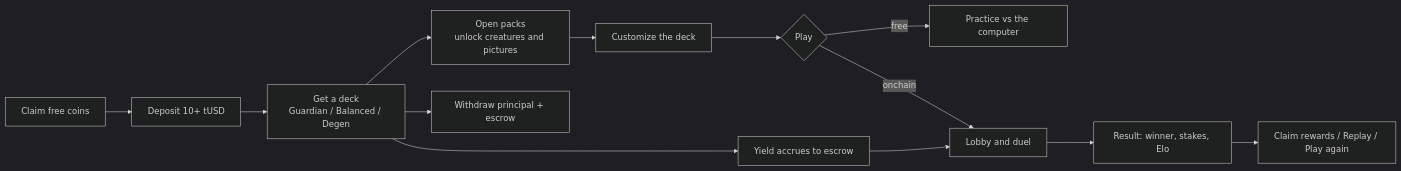
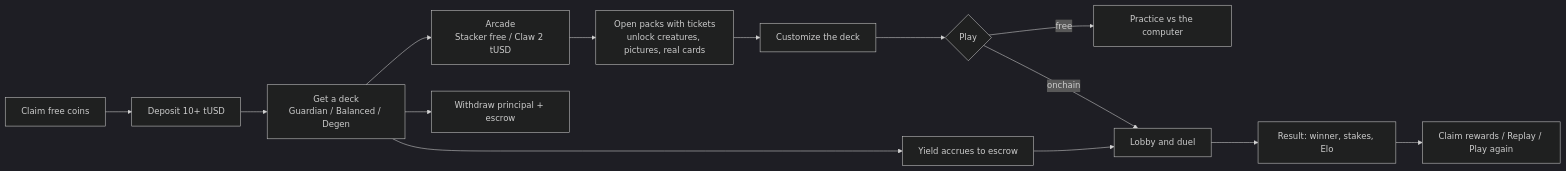
The first of 2 diagrams in README.md (AqilJaafree/cardsdotgg-near), drawn with Mermaid (dark theme) before and after one commit. The commit also changed other lines of this file and 10 other files, not shown here.

First line of the commit message:
docs: README covers the arcade, White Flare NFTs, graded cards and Netlify deploy

````diff
--- a/README.md
+++ b/README.md
@@ -117,15 +152,16 @@
 ```mermaid
 flowchart LR
   A[Claim free coins] --> B[Deposit 10+ tUSD]
   B --> C[Get a deck<br/>Guardian / Balanced / Degen]
-  C --> D[Open packs<br/>unlock creatures and pictures]
+  C --> T[Arcade<br/>Stacker free / Claw 2 tUSD]
+  T --> D[Open packs with tickets<br/>unlock creatures, pictures, real cards]
   D --> E[Customize the deck]
   E --> F{Play}
   F -->|free| G[Practice vs the computer]
   F -->|onchain| H[Lobby and duel]
   H --> I[Result: winner, stakes, Elo]
   I --> J[Claim rewards / Replay / Play again]
   C --> K[Yield accrues to escrow]
   K --> H
   C --> L[Withdraw principal + escrow]
 ```
````
